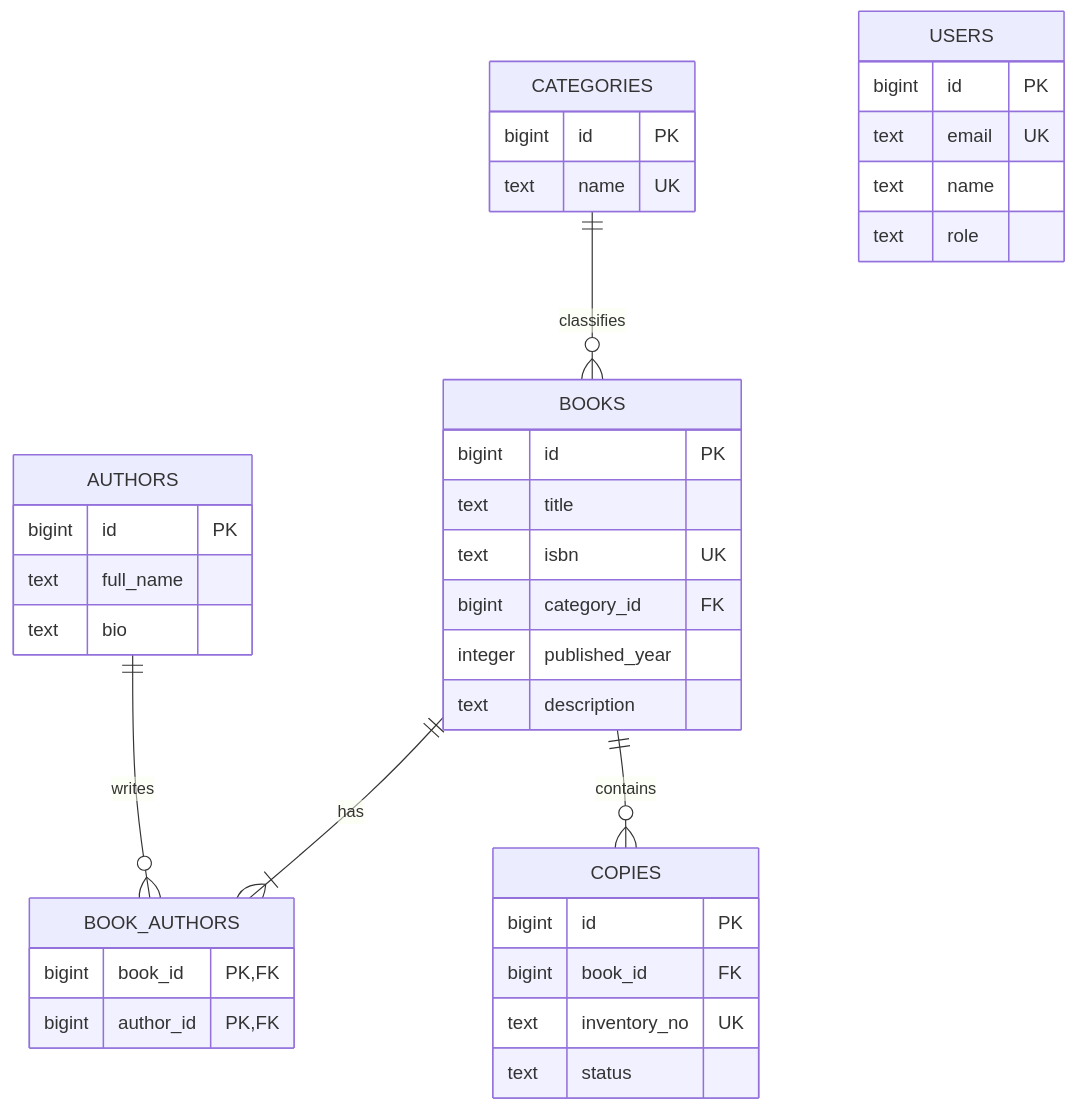
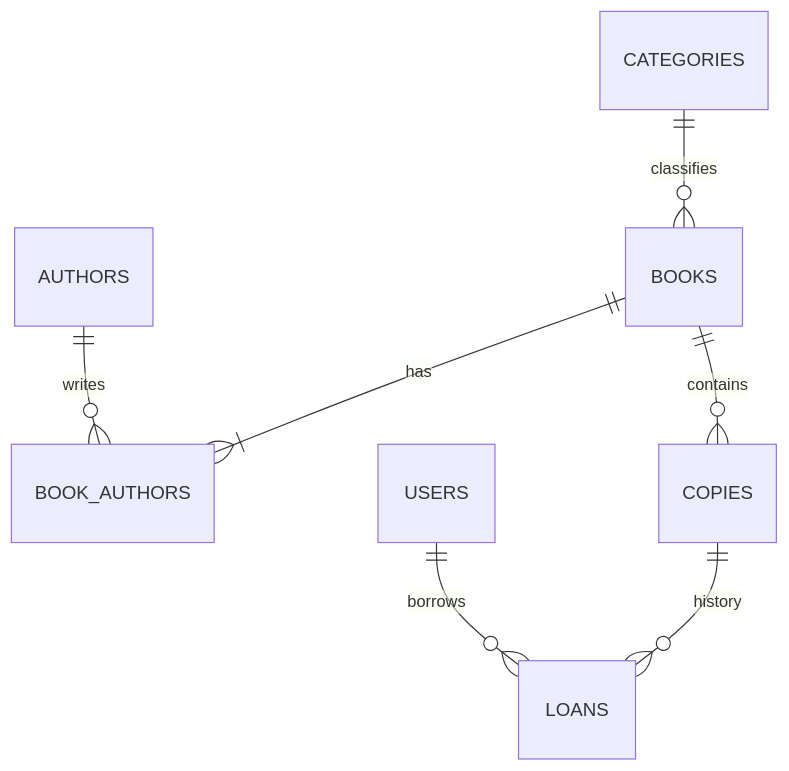
Before and after one commit to energy6x6/Go-with-GenAI-lessons-10: the diagram in README.md, drawn with Mermaid. The commit also changed other lines of this file and 51 other files, not shown here.

````diff
--- a/README.md
+++ b/README.md
@@ -95,40 +66,9 @@
 ```mermaid
 erDiagram
     CATEGORIES ||--o{ BOOKS : classifies
+    AUTHORS ||--o{ BOOK_AUTHORS : writes
     BOOKS ||--|{ BOOK_AUTHORS : has
-    AUTHORS ||--o{ BOOK_AUTHORS : writes
     BOOKS ||--o{ COPIES : contains
-    CATEGORIES {
-        bigint id PK
-        text name UK
-    }
-    AUTHORS {
-        bigint id PK
-        text full_name
-        text bio
-    }
-    BOOKS {
-        bigint id PK
-        text title
-        text isbn UK
-        bigint category_id FK
-        integer published_year
-        text description
-    }
-    BOOK_AUTHORS {
-        bigint book_id PK,FK
-        bigint author_id PK,FK
-    }
-    COPIES {
-        bigint id PK
-        bigint book_id FK
-        text inventory_no UK
-        text status
-    }
-    USERS {
-        bigint id PK
-        text email UK
-        text name
-        text role
-    }
+    USERS ||--o{ LOANS : borrows
+    COPIES ||--o{ LOANS : history
 ```
````
